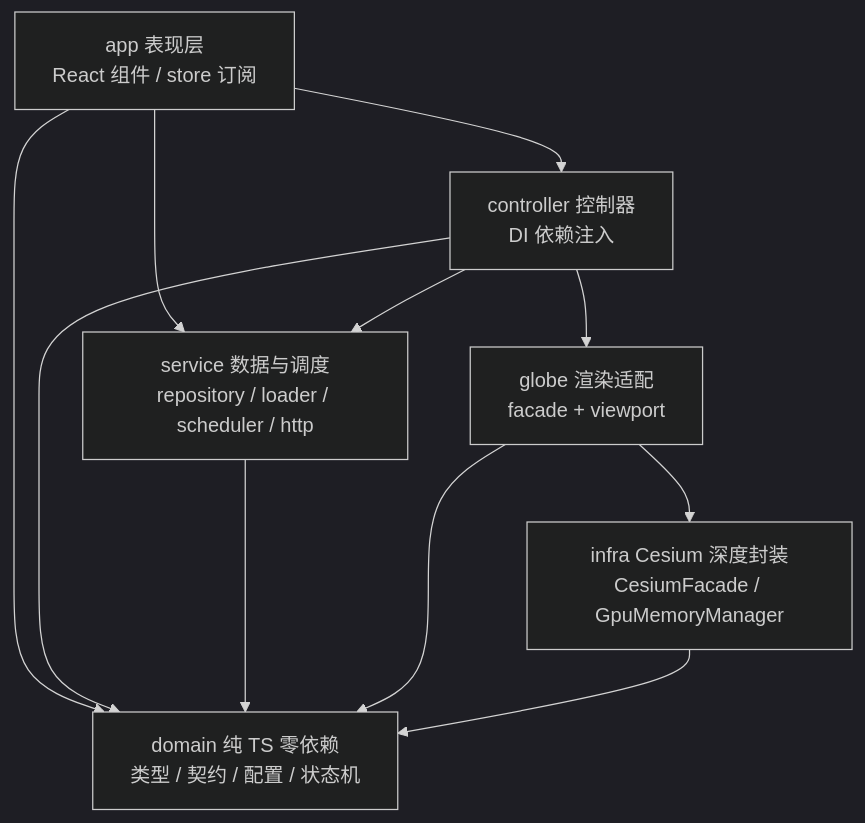
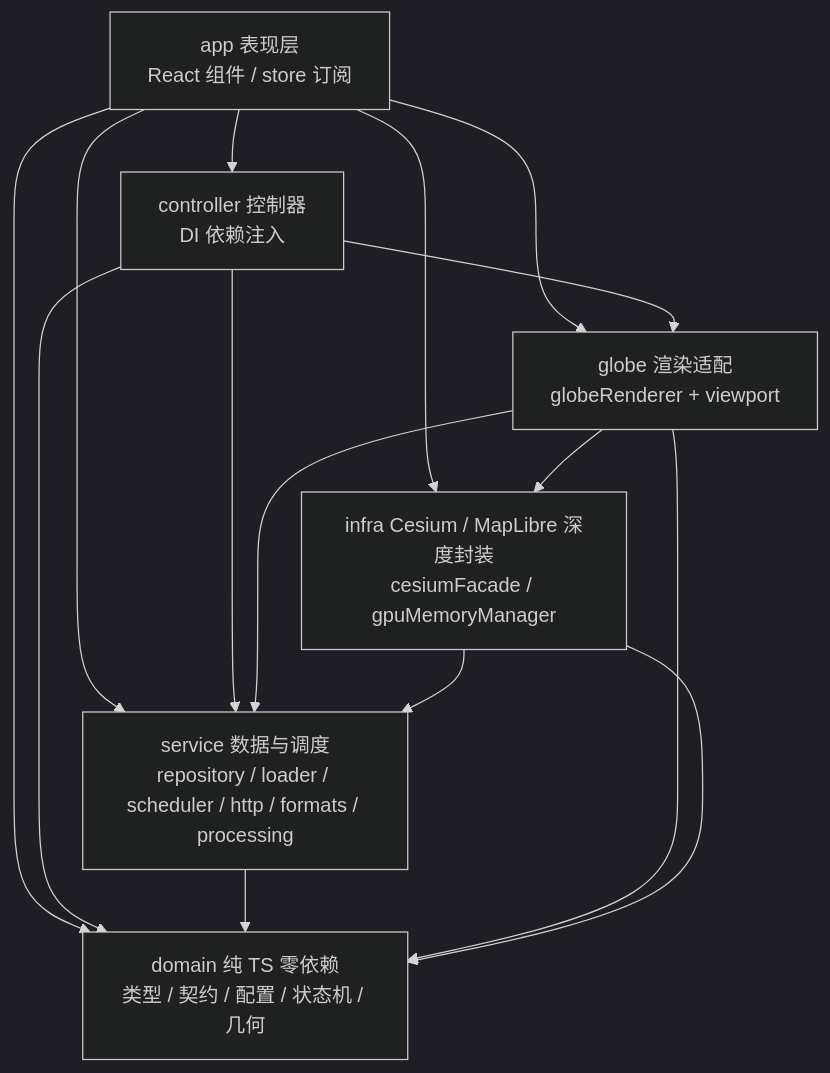
The diagram in README.md (gis2all/earth-viewer), drawn with Mermaid (dark theme) before and after one commit. The commit also changed other lines of this file and 1 other file, not shown here.

Commit message:
docs: refresh CLAUDE and README for refactored architecture

````diff
--- a/README.md
+++ b/README.md
@@ -68,20 +68,24 @@
 ```mermaid
 flowchart TD
     App[app 表现层<br/>React 组件 / store 订阅]
     Ctrl[controller 控制器<br/>DI 依赖注入]
-    Svc[service 数据与调度<br/>repository / loader / scheduler / http]
-    Dom[domain 纯 TS 零依赖<br/>类型 / 契约 / 配置 / 状态机]
-    Globe[globe 渲染适配<br/>facade + viewport]
-    Infra[infra Cesium 深度封装<br/>CesiumFacade / GpuMemoryManager]
+    Svc[service 数据与调度<br/>repository / loader / scheduler / http / formats / processing]
+    Dom[domain 纯 TS 零依赖<br/>类型 / 契约 / 配置 / 状态机 / 几何]
+    Globe[globe 渲染适配<br/>globeRenderer + viewport]
+    Infra[infra Cesium / MapLibre 深度封装<br/>cesiumFacade / gpuMemoryManager]
 
     App --> Ctrl
     App --> Svc
+    App --> Globe
+    App --> Infra
     App --> Dom
     Ctrl --> Svc
     Ctrl --> Dom
     Ctrl --> Globe
     Svc --> Dom
+    Globe --> Svc
     Globe --> Infra
     Globe --> Dom
+    Infra --> Svc
     Infra --> Dom
 ```
````
